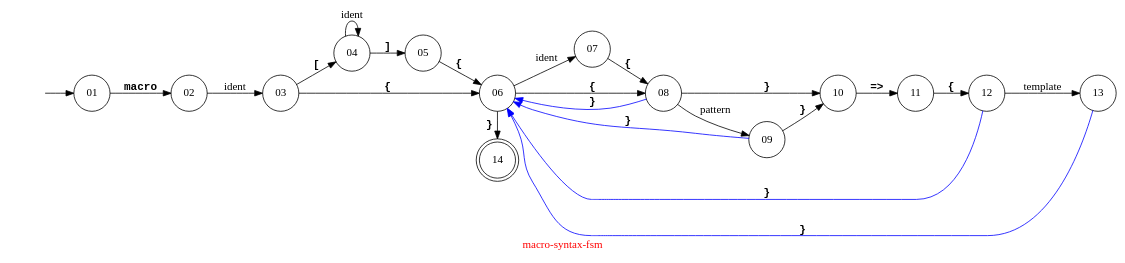
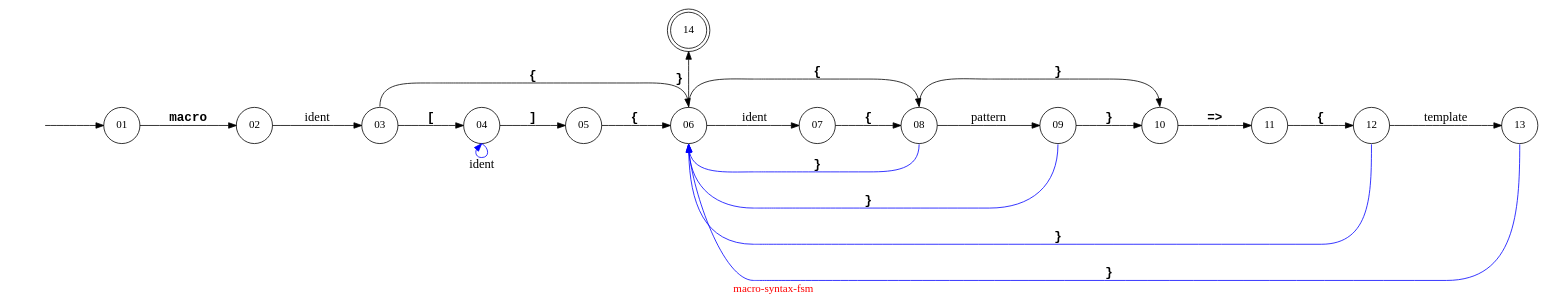
One commit to Ayyzee/dakota changed the diagram in src/macro-system-parser/macro-syntax-fsm.dot. Above: the diagram before and after it, drawn with Graphviz.

Commit message:
Improved graph layout by using tailpos and headpos.

```diff
--- a/src/macro-system-parser/macro-syntax-fsm.dot
+++ b/src/macro-system-parser/macro-syntax-fsm.dot
@@ -1,69 +1,75 @@
 // Copyright (C) 2007 - 2015 Robert Nielsen <robert@dakota.org>
 //
 // Licensed under the Apache License, Version 2.0 (the "License");
 // you may not use this file except in compliance with the License.
 // You may obtain a copy of the License at
 //
 //      http://www.apache.org/licenses/LICENSE-2.0
 //
 // Unless required by applicable law or agreed to in writing, software
 // distributed under the License is distributed on an "AS IS" BASIS,
 // WITHOUT WARRANTIES OR CONDITIONS OF ANY KIND, either express or implied.
 // See the License for the specific language governing permissions and
 // limitations under the License.
 
 digraph "macro-syntax-fsm"
 {
   graph [ label = "\G", fontcolor = red ];
   graph [ rankdir = "LR",
           center = true,
+          //ratio = compress,
           //size = "7.5,10",
+          //concentrate = true,
           ];
 
   //node [ shape = circle, label = "", width = 0.25 ];
   // OR
   node [ shape = circle ];
 
-  edge [ fontname = "courier" ];
+  edge [ fontname = "courier-bold", minlen = 2, fontsize = 16 ];
 
   00 [ style = invis ];
   14 [ shape = doublecircle ];
 
   00 -> 01;
-  01 -> 02 [ label = "macro", fontname = "courier-bold" ];
+  01 -> 02 [ label = "macro" ];
   02 -> 03 [ label = "ident", fontname = "courier-italic" ];
-  03 -> 04 [ label = "[", fontname = "courier-bold" ];
-  03 -> 06 [ label = "{", fontname = "courier-bold", weight = 4.0 ];
-  04 -> 04 [ label = "ident", fontname = "courier-italic" ];
-  04 -> 05 [ label = "]", fontname = "courier-bold" ];
-  05 -> 06 [ label = "{", fontname = "courier-bold" ];
+  03 -> 04 [ label = "[", weight = 5.0 ];
+  03 -> 06 [ label = "{", weight = 1.0, tailport = n, headport = n ];
+  04 -> 04 [ label = "ident", fontname = "courier-italic" tailport = s, headport = s, dir = back, color = blue ];
+  04 -> 05 [ label = "]", weight = 5.0 ];
+  05 -> 06 [ label = "{", weight = 5.0 ];
 
-  06 -> 07 [ label = "ident", fontname = "courier-italic" ];
-  06 -> 08 [ label = "{", fontname = "courier-bold", weight = 4.0 ];
-  06 -> 14 [ label = "}", fontname = "courier-bold" ];
-  07 -> 08 [ label = "{", fontname = "courier-bold" ];
-  08 -> 06 [ label = "}", fontname = "courier-bold", color = blue, weight = 1.0 ]; // back
+  06 -> 07 [ label = "ident", fontname = "courier-italic", weight = 5.0 ];
+  06 -> 08 [ label = "{", weight = 1.0, tailport = n, headport = n ];
+  07 -> 08 [ label = "{", weight = 5.0 ];
+  08 -> 06 [ label = "}", color = blue, weight = 1.0, headport = s, tailport = s ]; // back
   
-  08 -> 09 [ label = "pattern", fontname = "courier-italic" ];
-  08 -> 10 [ label = "}", fontname = "courier-bold", weight = 4.0 ];
-  09 -> 06 [ label = "}", fontname = "courier-bold", color = blue, weight = 1.0 ]; // back
+  08 -> 09 [ label = "pattern", fontname = "courier-italic", weight = 5.0 ];
+  08 -> 10 [ label = "}", weight = 1.0, tailport = n, headport = n ];
+  09 -> 06 [ label = "}", color = blue, weight = 1.0, headport = s, tailport = s ]; // back
 
-  09 -> 10 [ label = "}", fontname = "courier-bold" ];
-  10 -> 11 [ label = "=>", fontname = "courier-bold", weight = 4.0 ];
-  11 -> 12 [ label = "{", fontname = "courier-bold", weight = 4.0 ];
-  12 -> 13 [ label = "template", fontname = "courier-italic", weight = 4.0 ];
-  12 -> 06 [ label = "}", fontname = "courier-bold", color = blue, weight = 1.0 ]; // back
-  13 -> 06 [ label = "}", fontname = "courier-bold", color = blue, weight = 1.0 ]; // back
+  09 -> 10 [ label = "}", weight = 5.0 ];
+  10 -> 11 [ label = "=>", weight = 5.0 ];
+  11 -> 12 [ label = "{", weight = 5.0 ];
+  12 -> 13 [ label = "template", fontname = "courier-italic", weight = 5.0 ];
+  12 -> 06 [ label = "}", color = blue, weight = 1.0, headport = s, tailport = s ]; // back
+  13 -> 06 [ label = "}", color = blue, weight = 1.0, headport = s, tailport = s ]; // back
 
-  subgraph { graph [ rank = same ]; 06; 14; }
+  14 -> 06 [ label = "}", dir = back ]; //tailport = n, headport = s ];
+  subgraph { graph [ rank = same ]; 14; 06; }
 }
-// named   pattern(s)  (macro m { p1 {}       {}       p2 {}       {}       ... })
-// unnamed pattern     (macro m {    {}       {}          {}       {}           })
-// named   rule set(s) (macro m { r1 {} => {} {} => {} r2 {} => {} {} => {} ... })
-// unnamed rule set    (macro m {    {} => {} {} => {}    {} => {} {} => {}     })
+// auxiliary pattern-set(s)  (macro m { p1 {}       {}       p2 {}       {}       ... })
+// main      pattern-set     (macro m {    {}       {}          {}       {}           })
+// auxiliary rule-set(s)     (macro m { r1 {} => {} {} => {} r2 {} => {} {} => {} ... })
+// main      rule-set        (macro m {    {} => {} {} => {}    {} => {} {} => {}     })
 
-// one and only one unnamed rule set xor unnamed pattern (which is the macro entry point)
+// one and only one main rule-set or main pattern-set (either serves as the macro entry point)
 
 // macro m              { klass-or-trait { klass }              { trait }          ... }
 // macro klass-or-trait {                { klass }              { trait }              }
 // macro klass-or-trait {                { klass } => { klass } { trait } => { trait } }
+
+// use ?klass-or-trait
+// or
+// use ?/klass|trait/
```
